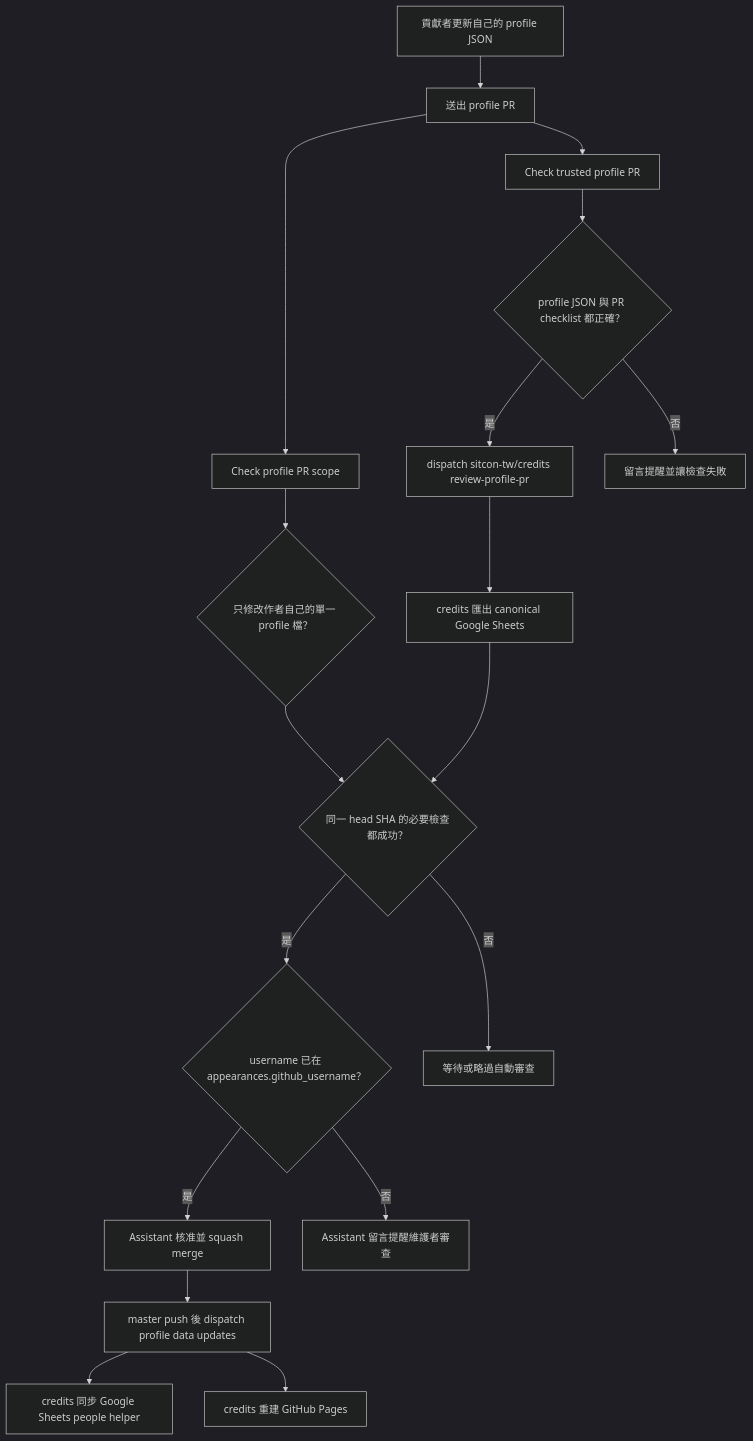
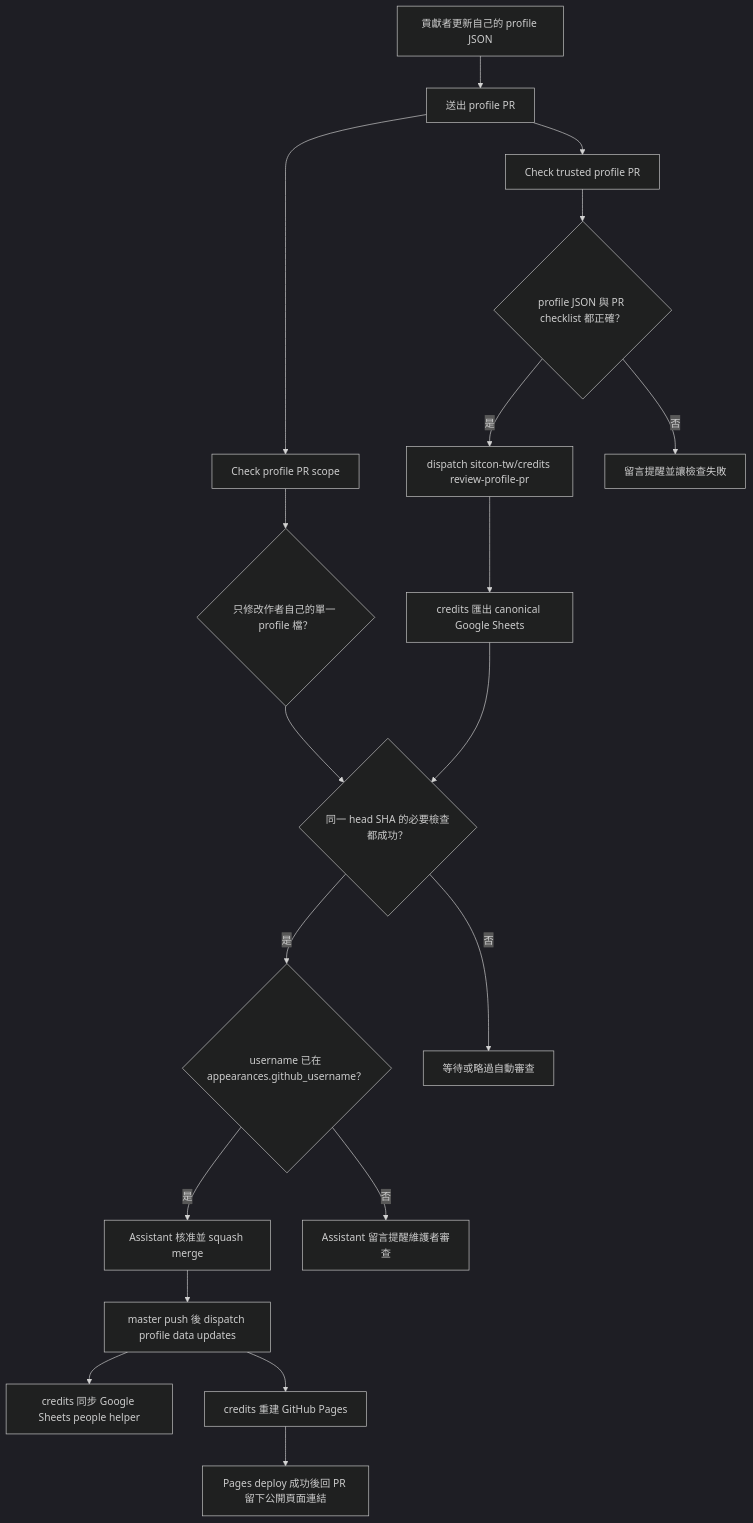
Before and after one commit to sitcon-tw/credits-profiles: the second of 2 diagrams in docs/workflows.md, drawn with Mermaid (dark theme). The commit also changed other lines of this file and 1 other file, not shown here.

Commit message:
feat: pass merged profile PR to pages rebuild

````diff
--- a/docs/workflows.md
+++ b/docs/workflows.md
@@ -36,20 +36,21 @@
 ```mermaid
 flowchart TD
   contributor["貢獻者更新自己的 profile JSON"] --> pr["送出 profile PR"]
   pr --> scope["Check profile PR scope"]
   pr --> trusted["Check trusted profile PR"]
   trusted --> checklist{"profile JSON 與 PR checklist 都正確？"}
   scope --> owner{"只修改作者自己的單一 profile 檔？"}
   checklist -->|是| dispatch["dispatch sitcon-tw/credits review-profile-pr"]
   checklist -->|否| reminder["留言提醒並讓檢查失敗"]
   dispatch --> canonical["credits 匯出 canonical Google Sheets"]
   canonical --> required{"同一 head SHA 的必要檢查都成功？"}
   owner --> required
   required -->|是| appearance{"username 已在 appearances.github_username？"}
   required -->|否| waitOrSkip["等待或略過自動審查"]
   appearance -->|是| merge["Assistant 核准並 squash merge"]
   appearance -->|否| comment["Assistant 留言提醒維護者審查"]
   merge --> sync["master push 後 dispatch profile data updates"]
   sync --> people["credits 同步 Google Sheets people helper"]
   sync --> pages["credits 重建 GitHub Pages"]
+  pages --> published["Pages deploy 成功後回 PR 留下公開頁面連結"]
 ```
````
